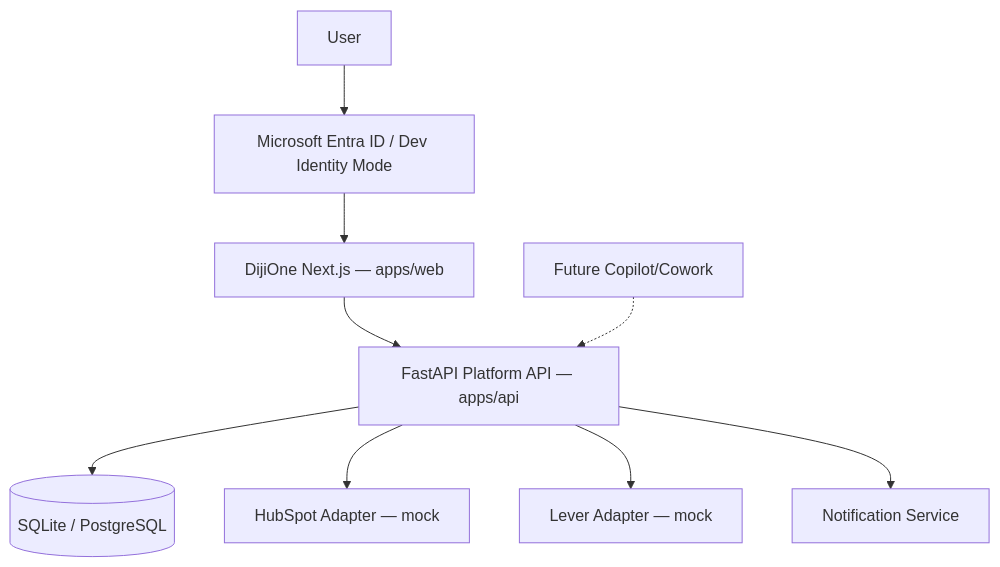
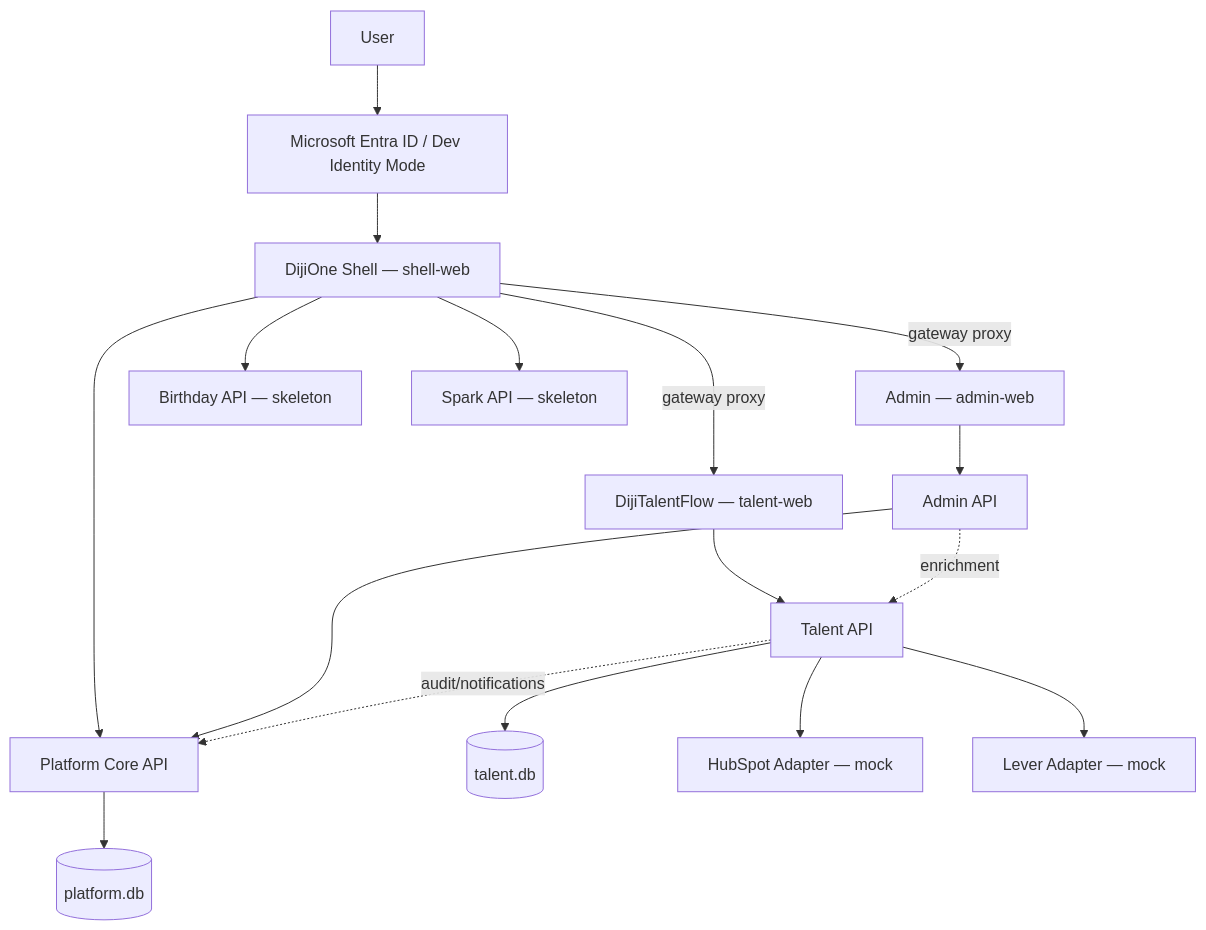
The diagram in docs/platform/architecture.md (IMWeeriyasinghe/dijione-platform), drawn with Mermaid before and after one commit. The commit also changed other lines of this file and 482 other files, not shown here.

Commit message:
checkpoint: complete DijiOne Phase 2.5 service architecture refactor

````diff
--- a/docs/platform/architecture.md
+++ b/docs/platform/architecture.md
@@ -10,11 +26,19 @@
 ```mermaid
 flowchart TB
     U[User] --> E[Microsoft Entra ID / Dev Identity Mode]
-    E --> W[DijiOne Next.js — apps/web]
-    W --> A[FastAPI Platform API — apps/api]
-    A --> DB[(SQLite / PostgreSQL)]
-    A --> H[HubSpot Adapter — mock]
-    A --> L[Lever Adapter — mock]
-    A --> N[Notification Service]
-    C[Future Copilot/Cowork] -.-> A
+    E --> Shell[DijiOne Shell — shell-web]
+    Shell -->|gateway proxy| Admin[Admin — admin-web]
+    Shell -->|gateway proxy| Talent[DijiTalentFlow — talent-web]
+    Shell --> Platform[Platform Core API]
+    Admin --> AdminAPI[Admin API]
+    Talent --> TalentAPI[Talent API]
+    AdminAPI --> Platform
+    AdminAPI -.enrichment.-> TalentAPI
+    TalentAPI -.audit/notifications.-> Platform
+    Platform --> PlatformDB[(platform.db)]
+    TalentAPI --> TalentDB[(talent.db)]
+    TalentAPI --> H[HubSpot Adapter — mock]
+    TalentAPI --> L[Lever Adapter — mock]
+    Shell --> BirthdayAPI[Birthday API — skeleton]
+    Shell --> SparkAPI[Spark API — skeleton]
 ```
````
